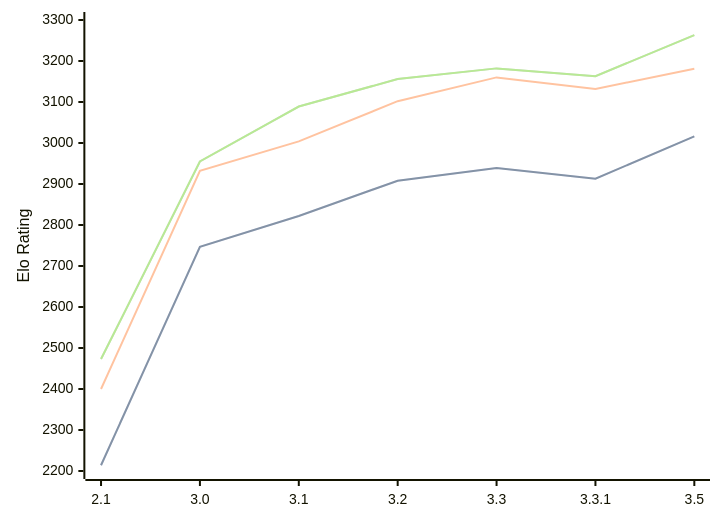
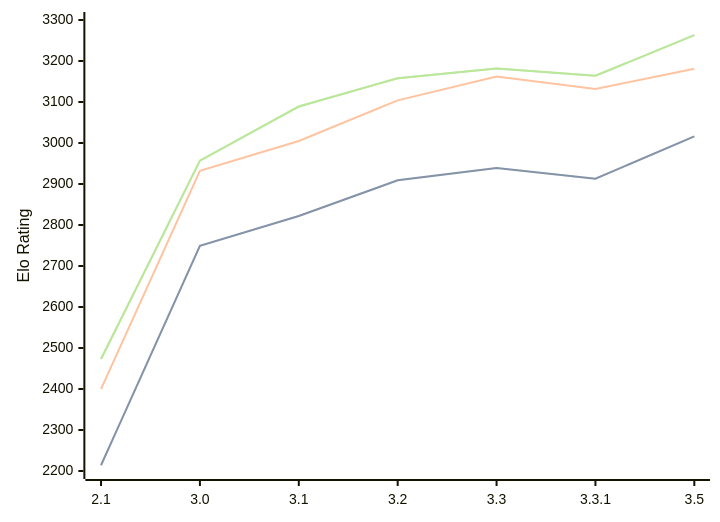
The first of 3 diagrams in engines/Petrel.md (computer-chess-index/cci), drawn with Mermaid before and after one commit. The commit also changed other lines of this file, not shown here.

Commit message:
Update CCI Ratings (ELO VLTC) - 2026-07-13

````diff
--- a/engines/Petrel.md
+++ b/engines/Petrel.md
@@ -46,11 +46,11 @@
 ```mermaid
 %%{init: {"theme":"base","themeVariables":{"seriesColors:['#a3a3a3','#222221','#faa371']}}}%%
 xychart-beta
   x-axis ["2.1", "3.0", "3.1", "3.2", "3.3", "3.3.1", "3.5"]
   y-axis "Elo Rating" 2200 --> 3300
-  line "STC (8.0+0.08s)" [2214, 2747, 2822, 2908, 2939, 2913, 3016]
-  line "STC (8.0+0.08s)" [2214, 2747, 2822, 2908, 2939, 2913, 3016]
-  line "LTC (60.0+0.60s)" [2400, 2932, 3004, 3102, 3160, 3132, 3181]
-  line "VLTC (2m24s+1.12s)" [2473, 2955, 3089, 3156, 3182, 3163, 3263]
-  line "VLTC (2m24s+1.12s)" [2473, 2955, 3089, 3156, 3182, 3163, 3263]
+  line "STC (8.0+0.08s)" [2214, 2749, 2822, 2909, 2939, 2913, 3016]
+  line "STC (8.0+0.08s)" [2214, 2749, 2822, 2909, 2939, 2913, 3016]
+  line "LTC (60.0+0.60s)" [2400, 2932, 3005, 3104, 3162, 3132, 3181]
+  line "VLTC (2m24s+1.12s)" [2473, 2957, 3089, 3158, 3182, 3164, 3263]
+  line "VLTC (2m24s+1.12s)" [2473, 2957, 3089, 3158, 3182, 3164, 3263]
 ```
````
